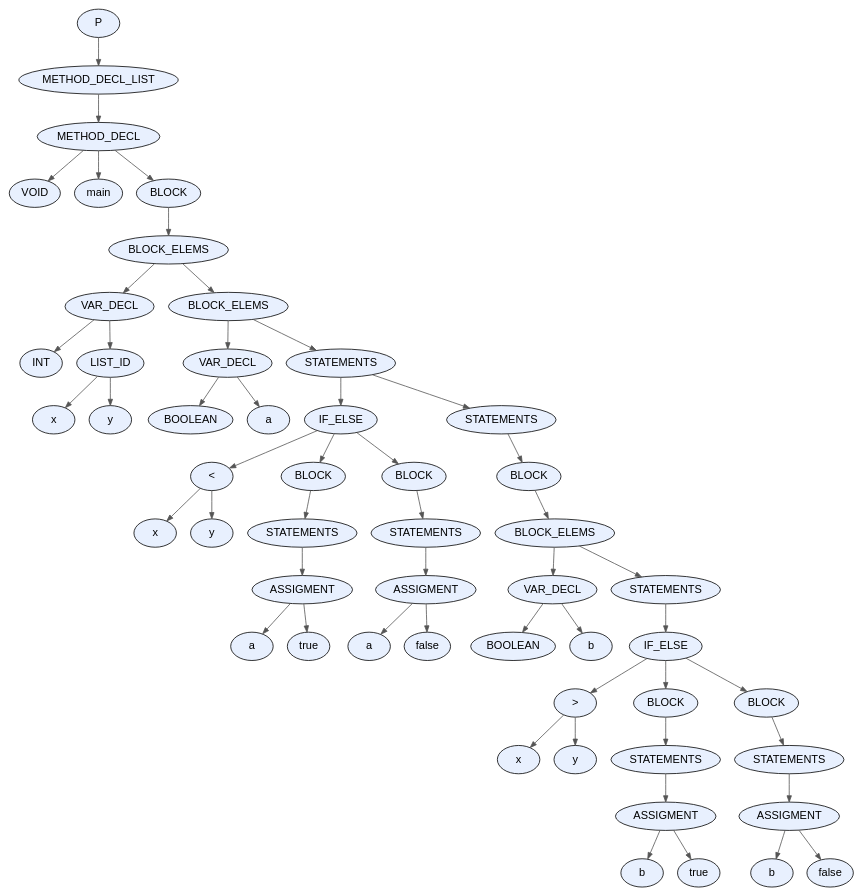
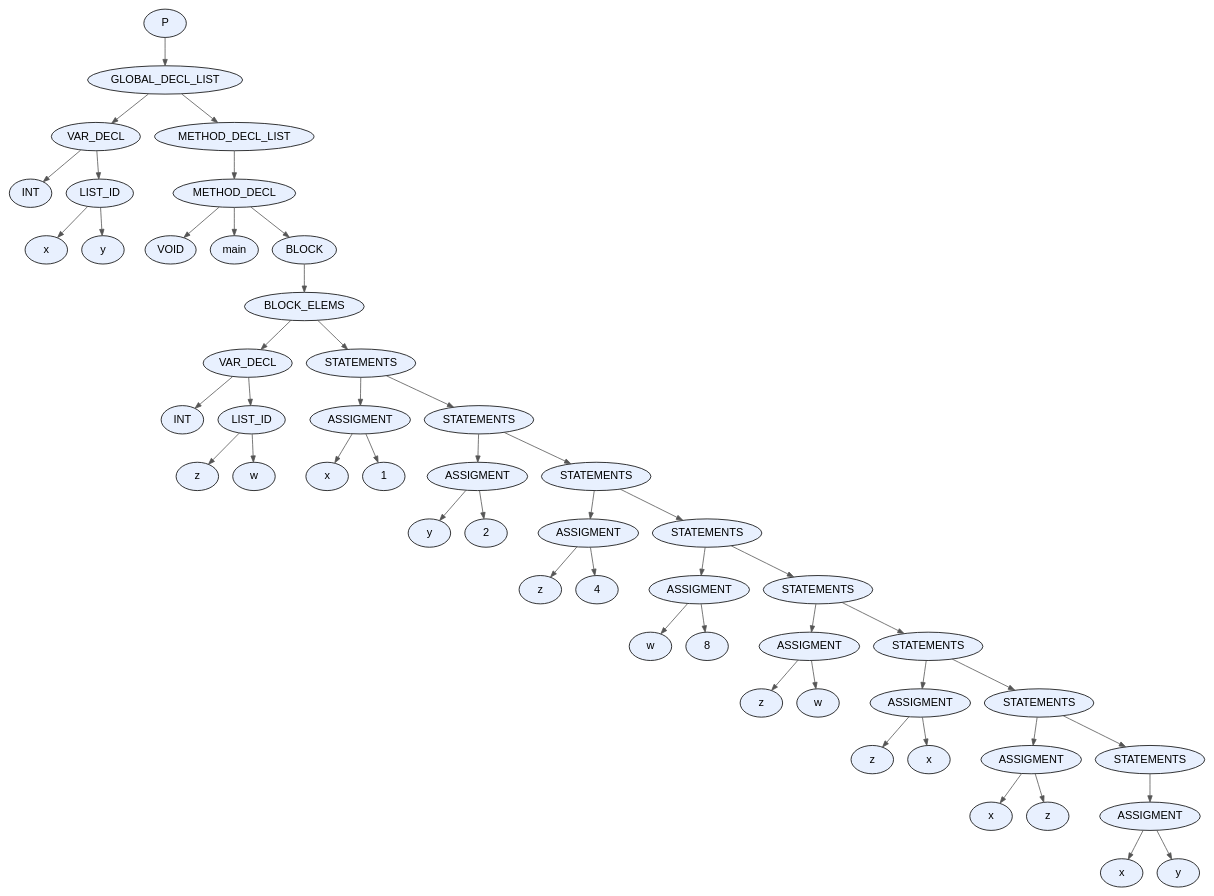
Before and after one commit to facundo-dario-loser/TDS2026: the diagram in proyecto/dot_files/test19.dot, drawn with Graphviz. The commit also changed 10 other files, not shown here.

```diff
--- a/proyecto/dot_files/test19.dot
+++ b/proyecto/dot_files/test19.dot
@@ -1,107 +1,103 @@
 digraph AST {
   node [fontname="Arial"];
   edge [arrowsize=0.8, color="#555555"];
-  "node_0x565bda27cc50" [label="P", style=filled, fillcolor="#E8F0FE", shape=ellipse, style="rounded,filled"];
-  "node_0x565bda27cc50" -> "node_0x565bda27cc00";
-  "node_0x565bda27cc00" [label="METHOD_DECL_LIST", style=filled, fillcolor="#E8F0FE", shape=ellipse, style="rounded,filled"];
-  "node_0x565bda27cc00" -> "node_0x565bda27cbb0";
-  "node_0x565bda27cbb0" [label="METHOD_DECL", style=filled, fillcolor="#E8F0FE", shape=ellipse, style="rounded,filled"];
-  "node_0x565bda27cbb0" -> "node_0x565bda27caf0";
-  "node_0x565bda27caf0" [label="VOID", style=filled, fillcolor="#E8F0FE", shape=ellipse, style="rounded,filled"];
-  "node_0x565bda27cbb0" -> "node_0x565bda27cb40";
-  "node_0x565bda27cb40" [label="main", style=filled, fillcolor="#E8F0FE", shape=ellipse, style="rounded,filled"];
-  "node_0x565bda27cbb0" -> "node_0x565bda27caa0";
-  "node_0x565bda27caa0" [label="BLOCK", style=filled, fillcolor="#E8F0FE", shape=ellipse, style="rounded,filled"];
-  "node_0x565bda27caa0" -> "node_0x565bda27ca50";
-  "node_0x565bda27ca50" [label="BLOCK_ELEMS", style=filled, fillcolor="#E8F0FE", shape=ellipse, style="rounded,filled"];
-  "node_0x565bda27ca50" -> "node_0x565bda27bb00";
-  "node_0x565bda27bb00" [label="VAR_DECL", style=filled, fillcolor="#E8F0FE", shape=ellipse, style="rounded,filled"];
-  "node_0x565bda27bb00" -> "node_0x565bda27b940";
-  "node_0x565bda27b940" [label="INT", style=filled, fillcolor="#E8F0FE", shape=ellipse, style="rounded,filled"];
-  "node_0x565bda27bb00" -> "node_0x565bda27bab0";
-  "node_0x565bda27bab0" [label="LIST_ID", style=filled, fillcolor="#E8F0FE", shape=ellipse, style="rounded,filled"];
-  "node_0x565bda27bab0" -> "node_0x565bda27ba40";
-  "node_0x565bda27ba40" [label="x", style=filled, fillcolor="#E8F0FE", shape=ellipse, style="rounded,filled"];
-  "node_0x565bda27bab0" -> "node_0x565bda27b9d0";
-  "node_0x565bda27b9d0" [label="y", style=filled, fillcolor="#E8F0FE", shape=ellipse, style="rounded,filled"];
-  "node_0x565bda27ca50" -> "node_0x565bda27ca00";
-  "node_0x565bda27ca00" [label="BLOCK_ELEMS", style=filled, fillcolor="#E8F0FE", shape=ellipse, style="rounded,filled"];
-  "node_0x565bda27ca00" -> "node_0x565bda27bc30";
-  "node_0x565bda27bc30" [label="VAR_DECL", style=filled, fillcolor="#E8F0FE", shape=ellipse, style="rounded,filled"];
-  "node_0x565bda27bc30" -> "node_0x565bda27bb50";
-  "node_0x565bda27bb50" [label="BOOLEAN", style=filled, fillcolor="#E8F0FE", shape=ellipse, style="rounded,filled"];
-  "node_0x565bda27bc30" -> "node_0x565bda27bbc0";
-  "node_0x565bda27bbc0" [label="a", style=filled, fillcolor="#E8F0FE", shape=ellipse, style="rounded,filled"];
-  "node_0x565bda27ca00" -> "node_0x565bda27c9b0";
-  "node_0x565bda27c9b0" [label="STATEMENTS", style=filled, fillcolor="#E8F0FE", shape=ellipse, style="rounded,filled"];
-  "node_0x565bda27c9b0" -> "node_0x565bda27c190";
-  "node_0x565bda27c190" [label="IF_ELSE", style=filled, fillcolor="#E8F0FE", shape=ellipse, style="rounded,filled"];
-  "node_0x565bda27c190" -> "node_0x565bda27bda0";
-  "node_0x565bda27bda0" [label="<", style=filled, fillcolor="#E8F0FE", shape=ellipse, style="rounded,filled"];
-  "node_0x565bda27bda0" -> "node_0x565bda27bca0";
-  "node_0x565bda27bca0" [label="x", style=filled, fillcolor="#E8F0FE", shape=ellipse, style="rounded,filled"];
-  "node_0x565bda27bda0" -> "node_0x565bda27bd30";
-  "node_0x565bda27bd30" [label="y", style=filled, fillcolor="#E8F0FE", shape=ellipse, style="rounded,filled"];
-  "node_0x565bda27c190" -> "node_0x565bda27bf70";
-  "node_0x565bda27bf70" [label="BLOCK", style=filled, fillcolor="#E8F0FE", shape=ellipse, style="rounded,filled"];
-  "node_0x565bda27bf70" -> "node_0x565bda27bf20";
-  "node_0x565bda27bf20" [label="STATEMENTS", style=filled, fillcolor="#E8F0FE", shape=ellipse, style="rounded,filled"];
-  "node_0x565bda27bf20" -> "node_0x565bda27bed0";
-  "node_0x565bda27bed0" [label="ASSIGMENT", style=filled, fillcolor="#E8F0FE", shape=ellipse, style="rounded,filled"];
-  "node_0x565bda27bed0" -> "node_0x565bda27be60";
-  "node_0x565bda27be60" [label="a", style=filled, fillcolor="#E8F0FE", shape=ellipse, style="rounded,filled"];
-  "node_0x565bda27bed0" -> "node_0x565bda27be10";
-  "node_0x565bda27be10" [label="true", style=filled, fillcolor="#E8F0FE", shape=ellipse, style="rounded,filled"];
-  "node_0x565bda27c190" -> "node_0x565bda27c140";
-  "node_0x565bda27c140" [label="BLOCK", style=filled, fillcolor="#E8F0FE", shape=ellipse, style="rounded,filled"];
-  "node_0x565bda27c140" -> "node_0x565bda27c0f0";
-  "node_0x565bda27c0f0" [label="STATEMENTS", style=filled, fillcolor="#E8F0FE", shape=ellipse, style="rounded,filled"];
-  "node_0x565bda27c0f0" -> "node_0x565bda27c0a0";
-  "node_0x565bda27c0a0" [label="ASSIGMENT", style=filled, fillcolor="#E8F0FE", shape=ellipse, style="rounded,filled"];
-  "node_0x565bda27c0a0" -> "node_0x565bda27c030";
-  "node_0x565bda27c030" [label="a", style=filled, fillcolor="#E8F0FE", shape=ellipse, style="rounded,filled"];
-  "node_0x565bda27c0a0" -> "node_0x565bda27bfe0";
-  "node_0x565bda27bfe0" [label="false", style=filled, fillcolor="#E8F0FE", shape=ellipse, style="rounded,filled"];
-  "node_0x565bda27c9b0" -> "node_0x565bda27c960";
-  "node_0x565bda27c960" [label="STATEMENTS", style=filled, fillcolor="#E8F0FE", shape=ellipse, style="rounded,filled"];
-  "node_0x565bda27c960" -> "node_0x565bda27c910";
-  "node_0x565bda27c910" [label="BLOCK", style=filled, fillcolor="#E8F0FE", shape=ellipse, style="rounded,filled"];
-  "node_0x565bda27c910" -> "node_0x565bda27c8c0";
-  "node_0x565bda27c8c0" [label="BLOCK_ELEMS", style=filled, fillcolor="#E8F0FE", shape=ellipse, style="rounded,filled"];
-  "node_0x565bda27c8c0" -> "node_0x565bda27c2c0";
-  "node_0x565bda27c2c0" [label="VAR_DECL", style=filled, fillcolor="#E8F0FE", shape=ellipse, style="rounded,filled"];
-  "node_0x565bda27c2c0" -> "node_0x565bda27c1e0";
-  "node_0x565bda27c1e0" [label="BOOLEAN", style=filled, fillcolor="#E8F0FE", shape=ellipse, style="rounded,filled"];
-  "node_0x565bda27c2c0" -> "node_0x565bda27c250";
-  "node_0x565bda27c250" [label="b", style=filled, fillcolor="#E8F0FE", shape=ellipse, style="rounded,filled"];
-  "node_0x565bda27c8c0" -> "node_0x565bda27c870";
-  "node_0x565bda27c870" [label="STATEMENTS", style=filled, fillcolor="#E8F0FE", shape=ellipse, style="rounded,filled"];
-  "node_0x565bda27c870" -> "node_0x565bda27c820";
-  "node_0x565bda27c820" [label="IF_ELSE", style=filled, fillcolor="#E8F0FE", shape=ellipse, style="rounded,filled"];
-  "node_0x565bda27c820" -> "node_0x565bda27c430";
-  "node_0x565bda27c430" [label=">", style=filled, fillcolor="#E8F0FE", shape=ellipse, style="rounded,filled"];
-  "node_0x565bda27c430" -> "node_0x565bda27c330";
-  "node_0x565bda27c330" [label="x", style=filled, fillcolor="#E8F0FE", shape=ellipse, style="rounded,filled"];
-  "node_0x565bda27c430" -> "node_0x565bda27c3c0";
-  "node_0x565bda27c3c0" [label="y", style=filled, fillcolor="#E8F0FE", shape=ellipse, style="rounded,filled"];
-  "node_0x565bda27c820" -> "node_0x565bda27c600";
-  "node_0x565bda27c600" [label="BLOCK", style=filled, fillcolor="#E8F0FE", shape=ellipse, style="rounded,filled"];
-  "node_0x565bda27c600" -> "node_0x565bda27c5b0";
-  "node_0x565bda27c5b0" [label="STATEMENTS", style=filled, fillcolor="#E8F0FE", shape=ellipse, style="rounded,filled"];
-  "node_0x565bda27c5b0" -> "node_0x565bda27c560";
-  "node_0x565bda27c560" [label="ASSIGMENT", style=filled, fillcolor="#E8F0FE", shape=ellipse, style="rounded,filled"];
-  "node_0x565bda27c560" -> "node_0x565bda27c4f0";
-  "node_0x565bda27c4f0" [label="b", style=filled, fillcolor="#E8F0FE", shape=ellipse, style="rounded,filled"];
-  "node_0x565bda27c560" -> "node_0x565bda27c4a0";
-  "node_0x565bda27c4a0" [label="true", style=filled, fillcolor="#E8F0FE", shape=ellipse, style="rounded,filled"];
-  "node_0x565bda27c820" -> "node_0x565bda27c7d0";
-  "node_0x565bda27c7d0" [label="BLOCK", style=filled, fillcolor="#E8F0FE", shape=ellipse, style="rounded,filled"];
-  "node_0x565bda27c7d0" -> "node_0x565bda27c780";
-  "node_0x565bda27c780" [label="STATEMENTS", style=filled, fillcolor="#E8F0FE", shape=ellipse, style="rounded,filled"];
-  "node_0x565bda27c780" -> "node_0x565bda27c730";
-  "node_0x565bda27c730" [label="ASSIGMENT", style=filled, fillcolor="#E8F0FE", shape=ellipse, style="rounded,filled"];
-  "node_0x565bda27c730" -> "node_0x565bda27c6c0";
-  "node_0x565bda27c6c0" [label="b", style=filled, fillcolor="#E8F0FE", shape=ellipse, style="rounded,filled"];
-  "node_0x565bda27c730" -> "node_0x565bda27c670";
-  "node_0x565bda27c670" [label="false", style=filled, fillcolor="#E8F0FE", shape=ellipse, style="rounded,filled"];
+  "node_0x61e473818cb0" [label="P", style=filled, fillcolor="#E8F0FE", shape=ellipse, style="rounded,filled"];
+  "node_0x61e473818cb0" -> "node_0x61e473818c60";
+  "node_0x61e473818c60" [label="GLOBAL_DECL_LIST", style=filled, fillcolor="#E8F0FE", shape=ellipse, style="rounded,filled"];
+  "node_0x61e473818c60" -> "node_0x61e473817ae0";
+  "node_0x61e473817ae0" [label="VAR_DECL", style=filled, fillcolor="#E8F0FE", shape=ellipse, style="rounded,filled"];
+  "node_0x61e473817ae0" -> "node_0x61e473817920";
+  "node_0x61e473817920" [label="INT", style=filled, fillcolor="#E8F0FE", shape=ellipse, style="rounded,filled"];
+  "node_0x61e473817ae0" -> "node_0x61e473817a90";
+  "node_0x61e473817a90" [label="LIST_ID", style=filled, fillcolor="#E8F0FE", shape=ellipse, style="rounded,filled"];
+  "node_0x61e473817a90" -> "node_0x61e473817a20";
+  "node_0x61e473817a20" [label="x", style=filled, fillcolor="#E8F0FE", shape=ellipse, style="rounded,filled"];
+  "node_0x61e473817a90" -> "node_0x61e4738179b0";
+  "node_0x61e4738179b0" [label="y", style=filled, fillcolor="#E8F0FE", shape=ellipse, style="rounded,filled"];
+  "node_0x61e473818c60" -> "node_0x61e473818c10";
+  "node_0x61e473818c10" [label="METHOD_DECL_LIST", style=filled, fillcolor="#E8F0FE", shape=ellipse, style="rounded,filled"];
+  "node_0x61e473818c10" -> "node_0x61e473818bc0";
+  "node_0x61e473818bc0" [label="METHOD_DECL", style=filled, fillcolor="#E8F0FE", shape=ellipse, style="rounded,filled"];
+  "node_0x61e473818bc0" -> "node_0x61e473818b00";
+  "node_0x61e473818b00" [label="VOID", style=filled, fillcolor="#E8F0FE", shape=ellipse, style="rounded,filled"];
+  "node_0x61e473818bc0" -> "node_0x61e473818b50";
+  "node_0x61e473818b50" [label="main", style=filled, fillcolor="#E8F0FE", shape=ellipse, style="rounded,filled"];
+  "node_0x61e473818bc0" -> "node_0x61e473818ab0";
+  "node_0x61e473818ab0" [label="BLOCK", style=filled, fillcolor="#E8F0FE", shape=ellipse, style="rounded,filled"];
+  "node_0x61e473818ab0" -> "node_0x61e473818a60";
+  "node_0x61e473818a60" [label="BLOCK_ELEMS", style=filled, fillcolor="#E8F0FE", shape=ellipse, style="rounded,filled"];
+  "node_0x61e473818a60" -> "node_0x61e473817d10";
+  "node_0x61e473817d10" [label="VAR_DECL", style=filled, fillcolor="#E8F0FE", shape=ellipse, style="rounded,filled"];
+  "node_0x61e473817d10" -> "node_0x61e473817b50";
+  "node_0x61e473817b50" [label="INT", style=filled, fillcolor="#E8F0FE", shape=ellipse, style="rounded,filled"];
+  "node_0x61e473817d10" -> "node_0x61e473817cc0";
+  "node_0x61e473817cc0" [label="LIST_ID", style=filled, fillcolor="#E8F0FE", shape=ellipse, style="rounded,filled"];
+  "node_0x61e473817cc0" -> "node_0x61e473817c50";
+  "node_0x61e473817c50" [label="z", style=filled, fillcolor="#E8F0FE", shape=ellipse, style="rounded,filled"];
+  "node_0x61e473817cc0" -> "node_0x61e473817be0";
+  "node_0x61e473817be0" [label="w", style=filled, fillcolor="#E8F0FE", shape=ellipse, style="rounded,filled"];
+  "node_0x61e473818a60" -> "node_0x61e473818a10";
+  "node_0x61e473818a10" [label="STATEMENTS", style=filled, fillcolor="#E8F0FE", shape=ellipse, style="rounded,filled"];
+  "node_0x61e473818a10" -> "node_0x61e473817e40";
+  "node_0x61e473817e40" [label="ASSIGMENT", style=filled, fillcolor="#E8F0FE", shape=ellipse, style="rounded,filled"];
+  "node_0x61e473817e40" -> "node_0x61e473817dd0";
+  "node_0x61e473817dd0" [label="x", style=filled, fillcolor="#E8F0FE", shape=ellipse, style="rounded,filled"];
+  "node_0x61e473817e40" -> "node_0x61e473817d80";
+  "node_0x61e473817d80" [label="1", style=filled, fillcolor="#E8F0FE", shape=ellipse, style="rounded,filled"];
+  "node_0x61e473818a10" -> "node_0x61e4738189c0";
+  "node_0x61e4738189c0" [label="STATEMENTS", style=filled, fillcolor="#E8F0FE", shape=ellipse, style="rounded,filled"];
+  "node_0x61e4738189c0" -> "node_0x61e473817f70";
+  "node_0x61e473817f70" [label="ASSIGMENT", style=filled, fillcolor="#E8F0FE", shape=ellipse, style="rounded,filled"];
+  "node_0x61e473817f70" -> "node_0x61e473817f00";
+  "node_0x61e473817f00" [label="y", style=filled, fillcolor="#E8F0FE", shape=ellipse, style="rounded,filled"];
+  "node_0x61e473817f70" -> "node_0x61e473817eb0";
+  "node_0x61e473817eb0" [label="2", style=filled, fillcolor="#E8F0FE", shape=ellipse, style="rounded,filled"];
+  "node_0x61e4738189c0" -> "node_0x61e473818970";
+  "node_0x61e473818970" [label="STATEMENTS", style=filled, fillcolor="#E8F0FE", shape=ellipse, style="rounded,filled"];
+  "node_0x61e473818970" -> "node_0x61e4738180a0";
+  "node_0x61e4738180a0" [label="ASSIGMENT", style=filled, fillcolor="#E8F0FE", shape=ellipse, style="rounded,filled"];
+  "node_0x61e4738180a0" -> "node_0x61e473818030";
+  "node_0x61e473818030" [label="z", style=filled, fillcolor="#E8F0FE", shape=ellipse, style="rounded,filled"];
+  "node_0x61e4738180a0" -> "node_0x61e473817fe0";
+  "node_0x61e473817fe0" [label="4", style=filled, fillcolor="#E8F0FE", shape=ellipse, style="rounded,filled"];
+  "node_0x61e473818970" -> "node_0x61e473818920";
+  "node_0x61e473818920" [label="STATEMENTS", style=filled, fillcolor="#E8F0FE", shape=ellipse, style="rounded,filled"];
+  "node_0x61e473818920" -> "node_0x61e4738181d0";
+  "node_0x61e4738181d0" [label="ASSIGMENT", style=filled, fillcolor="#E8F0FE", shape=ellipse, style="rounded,filled"];
+  "node_0x61e4738181d0" -> "node_0x61e473818160";
+  "node_0x61e473818160" [label="w", style=filled, fillcolor="#E8F0FE", shape=ellipse, style="rounded,filled"];
+  "node_0x61e4738181d0" -> "node_0x61e473818110";
+  "node_0x61e473818110" [label="8", style=filled, fillcolor="#E8F0FE", shape=ellipse, style="rounded,filled"];
+  "node_0x61e473818920" -> "node_0x61e4738188d0";
+  "node_0x61e4738188d0" [label="STATEMENTS", style=filled, fillcolor="#E8F0FE", shape=ellipse, style="rounded,filled"];
+  "node_0x61e4738188d0" -> "node_0x61e473818340";
+  "node_0x61e473818340" [label="ASSIGMENT", style=filled, fillcolor="#E8F0FE", shape=ellipse, style="rounded,filled"];
+  "node_0x61e473818340" -> "node_0x61e4738182d0";
+  "node_0x61e4738182d0" [label="z", style=filled, fillcolor="#E8F0FE", shape=ellipse, style="rounded,filled"];
+  "node_0x61e473818340" -> "node_0x61e473818260";
+  "node_0x61e473818260" [label="w", style=filled, fillcolor="#E8F0FE", shape=ellipse, style="rounded,filled"];
+  "node_0x61e4738188d0" -> "node_0x61e473818880";
+  "node_0x61e473818880" [label="STATEMENTS", style=filled, fillcolor="#E8F0FE", shape=ellipse, style="rounded,filled"];
+  "node_0x61e473818880" -> "node_0x61e4738184b0";
+  "node_0x61e4738184b0" [label="ASSIGMENT", style=filled, fillcolor="#E8F0FE", shape=ellipse, style="rounded,filled"];
+  "node_0x61e4738184b0" -> "node_0x61e473818440";
+  "node_0x61e473818440" [label="z", style=filled, fillcolor="#E8F0FE", shape=ellipse, style="rounded,filled"];
+  "node_0x61e4738184b0" -> "node_0x61e4738183d0";
+  "node_0x61e4738183d0" [label="x", style=filled, fillcolor="#E8F0FE", shape=ellipse, style="rounded,filled"];
+  "node_0x61e473818880" -> "node_0x61e473818830";
+  "node_0x61e473818830" [label="STATEMENTS", style=filled, fillcolor="#E8F0FE", shape=ellipse, style="rounded,filled"];
+  "node_0x61e473818830" -> "node_0x61e473818620";
+  "node_0x61e473818620" [label="ASSIGMENT", style=filled, fillcolor="#E8F0FE", shape=ellipse, style="rounded,filled"];
+  "node_0x61e473818620" -> "node_0x61e4738185b0";
+  "node_0x61e4738185b0" [label="x", style=filled, fillcolor="#E8F0FE", shape=ellipse, style="rounded,filled"];
+  "node_0x61e473818620" -> "node_0x61e473818540";
+  "node_0x61e473818540" [label="z", style=filled, fillcolor="#E8F0FE", shape=ellipse, style="rounded,filled"];
+  "node_0x61e473818830" -> "node_0x61e4738187e0";
+  "node_0x61e4738187e0" [label="STATEMENTS", style=filled, fillcolor="#E8F0FE", shape=ellipse, style="rounded,filled"];
+  "node_0x61e4738187e0" -> "node_0x61e473818790";
+  "node_0x61e473818790" [label="ASSIGMENT", style=filled, fillcolor="#E8F0FE", shape=ellipse, style="rounded,filled"];
+  "node_0x61e473818790" -> "node_0x61e473818720";
+  "node_0x61e473818720" [label="x", style=filled, fillcolor="#E8F0FE", shape=ellipse, style="rounded,filled"];
+  "node_0x61e473818790" -> "node_0x61e4738186b0";
+  "node_0x61e4738186b0" [label="y", style=filled, fillcolor="#E8F0FE", shape=ellipse, style="rounded,filled"];
 }
```
